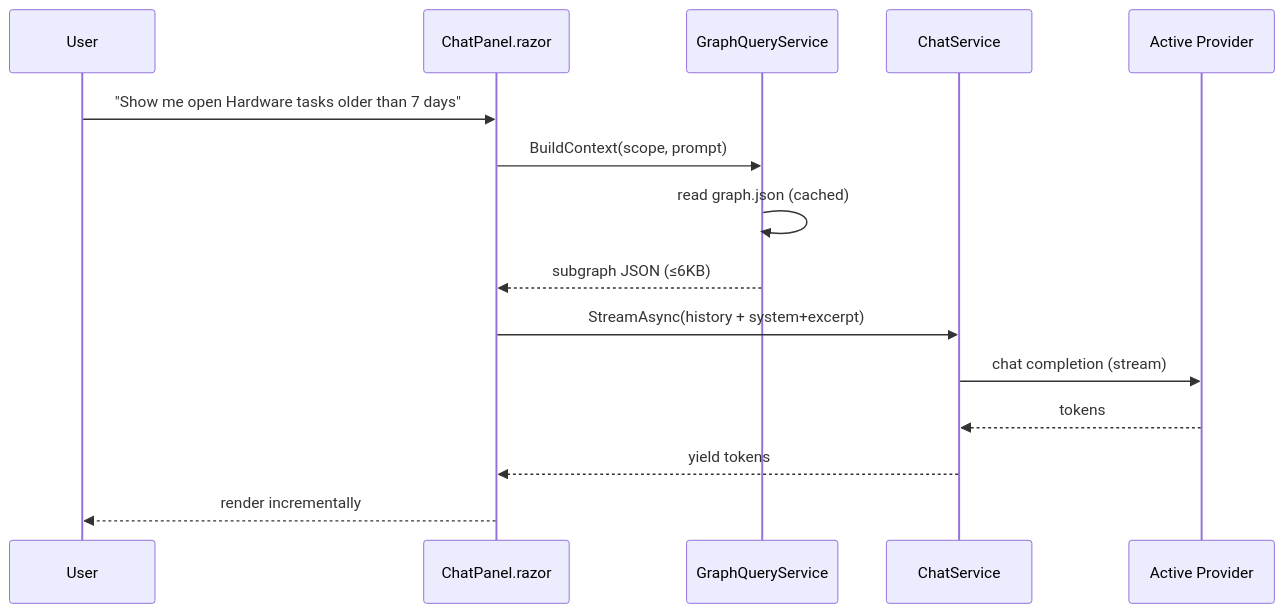
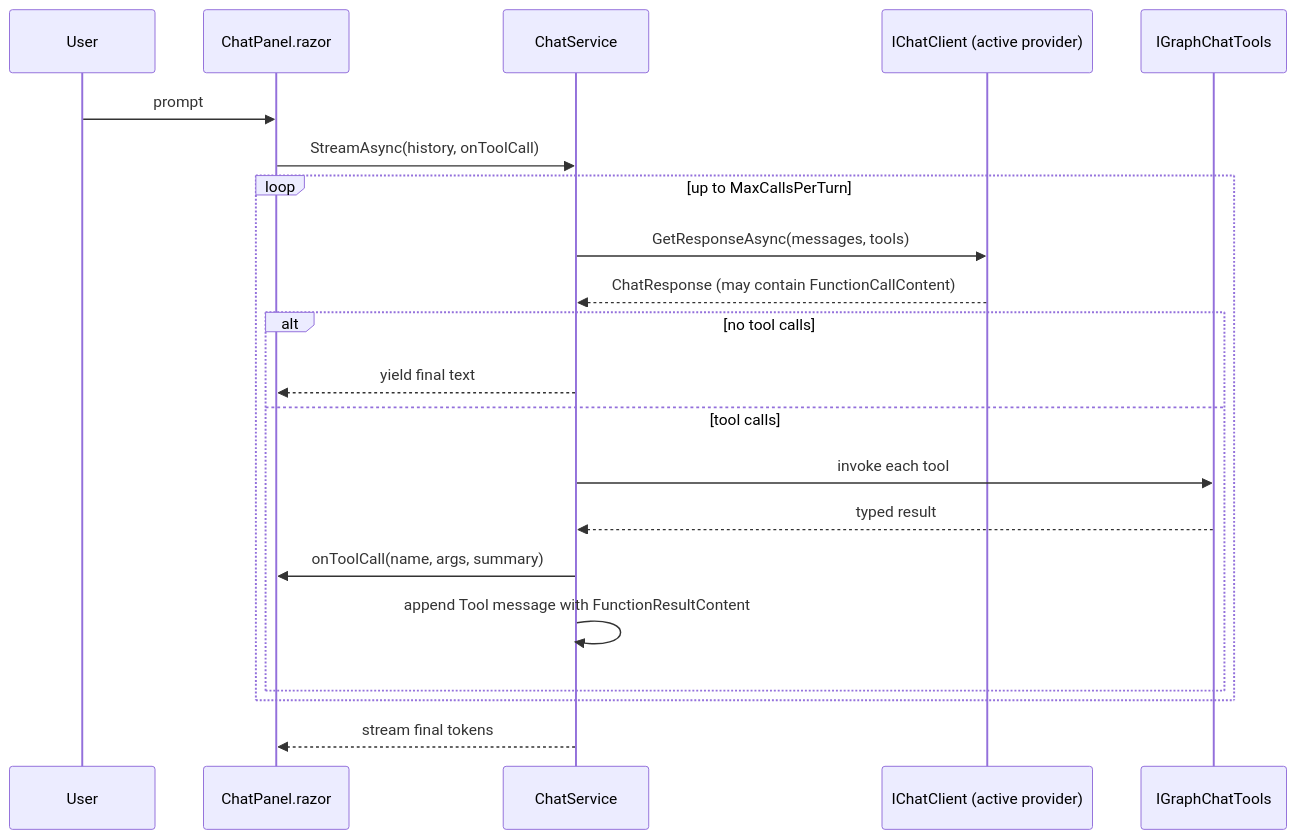
One commit to ADefWebserver/AdefHelpDeskGraphExplorer changed the fourth of 4 diagrams in docs/implementation-plan.md. Above: the diagram before and after it, drawn with Mermaid. The commit also changed other lines of this file, not shown here.

First line of the commit message:
Update implementation plan to reflect as-built system

````diff
--- a/docs/implementation-plan.md
+++ b/docs/implementation-plan.md
@@ -389,18 +483,24 @@
 ```mermaid
 sequenceDiagram
     participant U as User
     participant CP as ChatPanel.razor
-    participant Q as GraphQueryService
     participant CS as ChatService
-    participant Prov as Active Provider
+    participant Prov as IChatClient (active provider)
+    participant Tools as IGraphChatTools
 
-    U->>CP: "Show me open Hardware tasks older than 7 days"
-    CP->>Q: BuildContext(scope, prompt)
-    Q->>Q: read graph.json (cached)
-    Q-->>CP: subgraph JSON (≤6KB)
-    CP->>CS: StreamAsync(history + system+excerpt)
-    CS->>Prov: chat completion (stream)
-    Prov-->>CS: tokens
-    CS-->>CP: yield tokens
-    CP-->>U: render incrementally
+    U->>CP: prompt
+    CP->>CS: StreamAsync(history, onToolCall)
+    loop up to MaxCallsPerTurn
+        CS->>Prov: GetResponseAsync(messages, tools)
+        Prov-->>CS: ChatResponse (may contain FunctionCallContent)
+        alt no tool calls
+            CS-->>CP: yield final text
+        else tool calls
+            CS->>Tools: invoke each tool
+            Tools-->>CS: typed result
+            CS->>CP: onToolCall(name, args, summary)
+            CS->>CS: append Tool message with FunctionResultContent
+        end
+    end
+    CS-->>CP: stream final tokens
 ```
````
